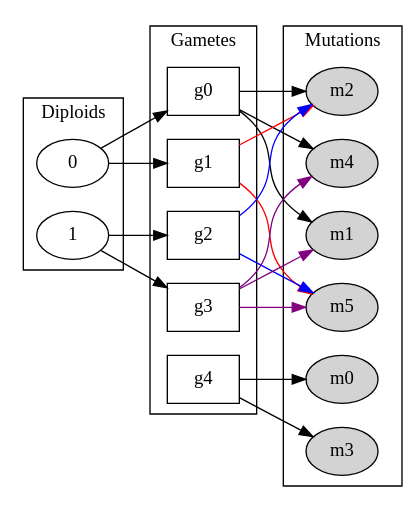
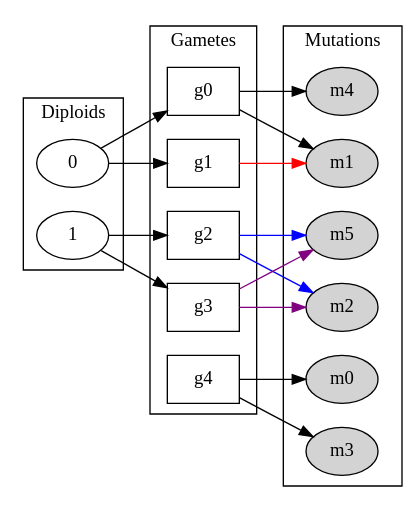
One commit to molpopgen/fwdpp_tsms changed the diagram in figs/datastructures.dot. Above: the diagram before and after it, drawn with Graphviz. The commit also changed 1 other file, not shown here.

Commit message:
figure now matches schema

```diff
--- a/figs/datastructures.dot
+++ b/figs/datastructures.dot
@@ -1,36 +1,36 @@
 digraph d {
     graph[rankdir=LR]
 
     subgraph cluster_diploids {
     node [shape=oval]
     0 
     1
     label="Diploids"
     }
 
     subgraph cluster_gametes {
     node [shape=box]
     g0
     g1
     g2
     g3
     g4
     label="Gametes"
     }
 
     0 -> {g0, g1}
     1 -> {g2, g3}
 
     subgraph cluster_mutations {
     node [style=filled]
     m0  m1 m2  m3  m4  m5
     label="Mutations"
     }
 
-    g0 -> {m1,m2,m4} 
-    g1 -> {m2,m5} [color="red"]
-    g2 -> {m2,m2,m5} [color="blue"]
-    g3 -> {m1,m4,m5} [color="purple"]
+    g0 -> {m1,m4} 
+    g1 -> {m1} [color="red"]
+    g2 -> {m2,m5} [color="blue"]
+    g3 -> {m2,m5} [color="purple"]
     g4 -> {m0,m3}
 
 }
```
